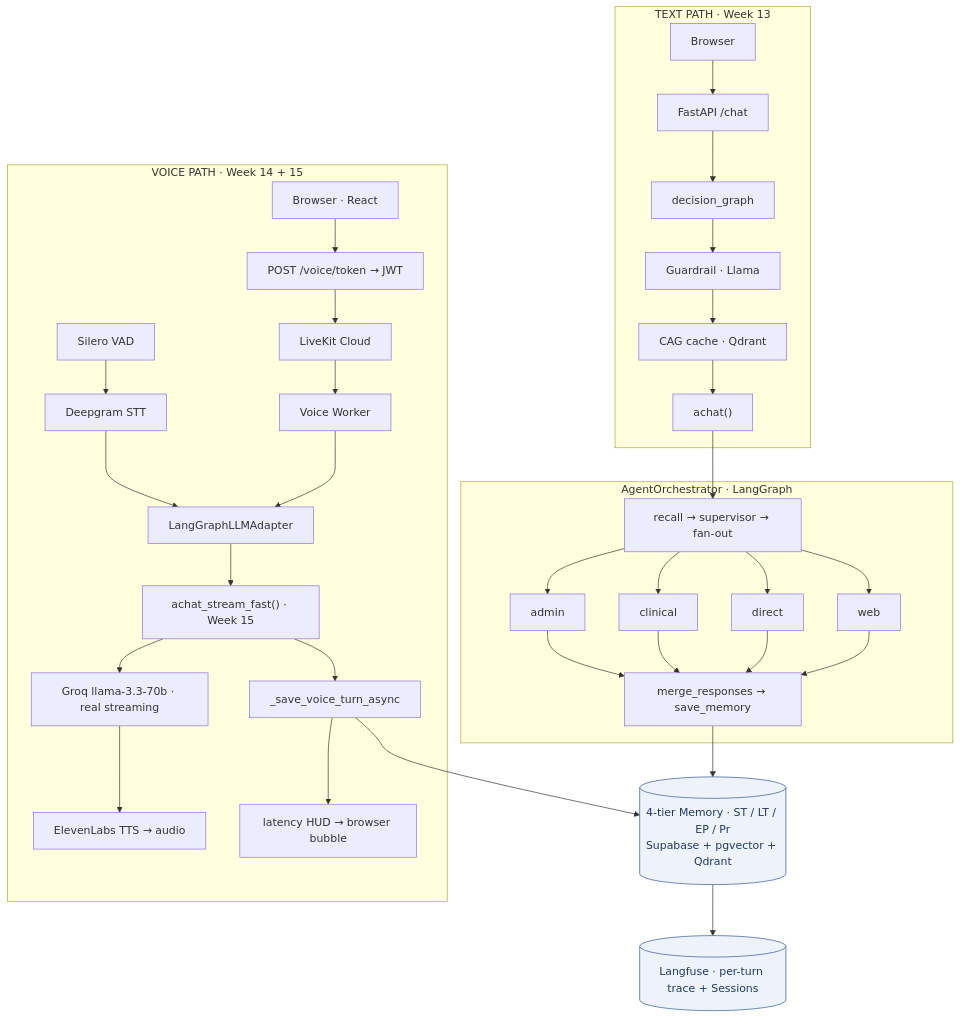
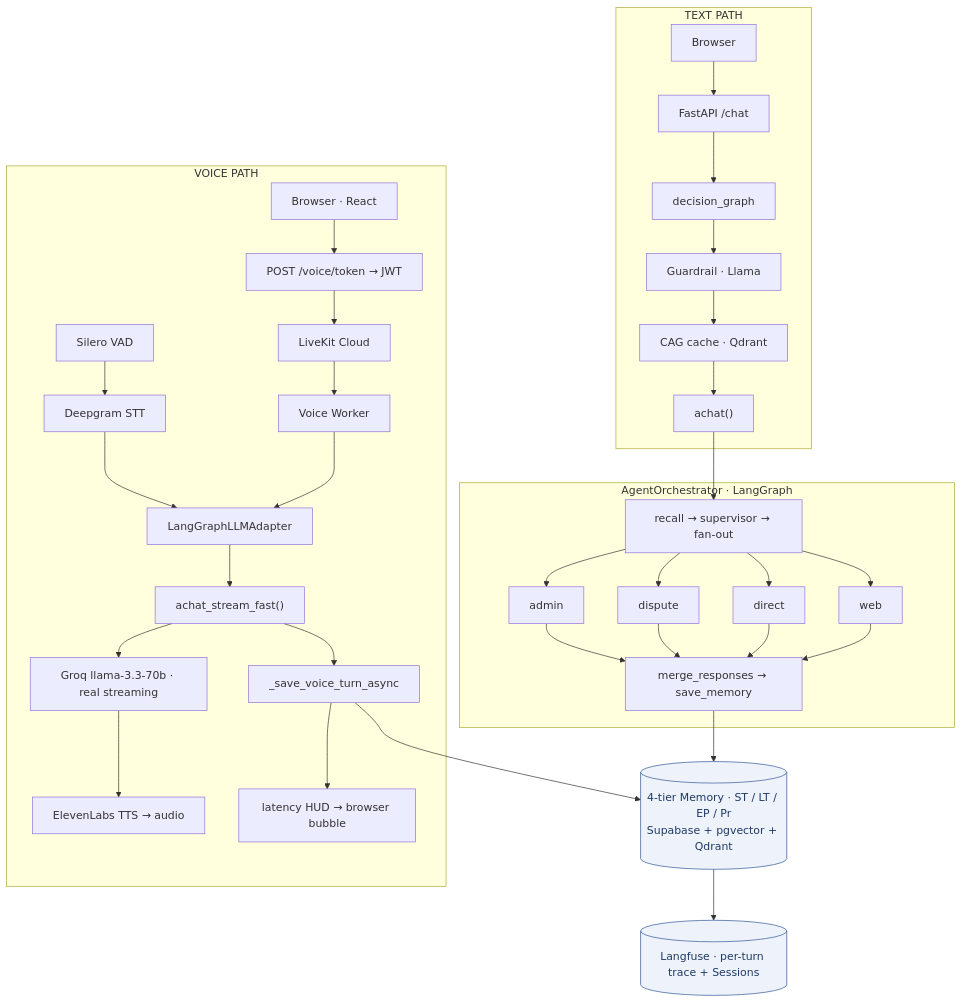
The second of 8 diagrams in README.md (nithadya/Multi-Agentic-Dispute-Voice-AI-EX), drawn with Mermaid before and after one commit. The commit also changed other lines of this file and 4 other files, not shown here.

````diff
--- a/README.md
+++ b/README.md
@@ -81,44 +78,44 @@
 ```mermaid
 flowchart TB
-    subgraph TEXT["TEXT PATH · Week 13"]
+    subgraph TEXT["TEXT PATH"]
         B1["Browser"] --> API["FastAPI /chat"]
         API --> DG["decision_graph"]
         DG --> GR["Guardrail · Llama"]
         GR --> CAG["CAG cache · Qdrant"]
         CAG --> ACH["achat()"]
     end
 
-    subgraph VOICE["VOICE PATH · Week 14 + 15"]
+    subgraph VOICE["VOICE PATH"]
         VB["Browser · React"] --> TOK["POST /voice/token → JWT"]
         TOK --> LK["LiveKit Cloud"]
         LK --> VW["Voice Worker"]
         VAD["Silero VAD"] --> STT["Deepgram STT"]
         STT --> ADP["LangGraphLLMAdapter"]
         VW --> ADP
-        ADP --> FAST["achat_stream_fast() · Week 15"]
+        ADP --> FAST["achat_stream_fast()"]
         FAST --> GROQ["Groq llama-3.3-70b · real streaming"]
         GROQ --> TTS["ElevenLabs TTS → audio"]
         FAST --> BG["_save_voice_turn_async"]
         BG --> HUD["latency HUD → browser bubble"]
     end
 
     subgraph CORE["AgentOrchestrator · LangGraph"]
         ORCH["recall → supervisor → fan-out"]
         ORCH --> A1["admin"]
-        ORCH --> A2["clinical"]
+        ORCH --> A2["dispute"]
         ORCH --> A3["direct"]
         ORCH --> A4["web"]
         A1 --> MERGE["merge_responses → save_memory"]
         A2 --> MERGE
         A3 --> MERGE
         A4 --> MERGE
     end
 
     ACH --> ORCH
     MERGE --> MEM[("4-tier Memory · ST / LT / EP / Pr<br/>Supabase + pgvector + Qdrant")]
     BG --> MEM
     MEM --> LF[("Langfuse · per-turn trace + Sessions")]
 
     classDef store fill:#eef3fb,stroke:#2E5496,color:#1F3864;
     class MEM,LF store;
 ```
````
